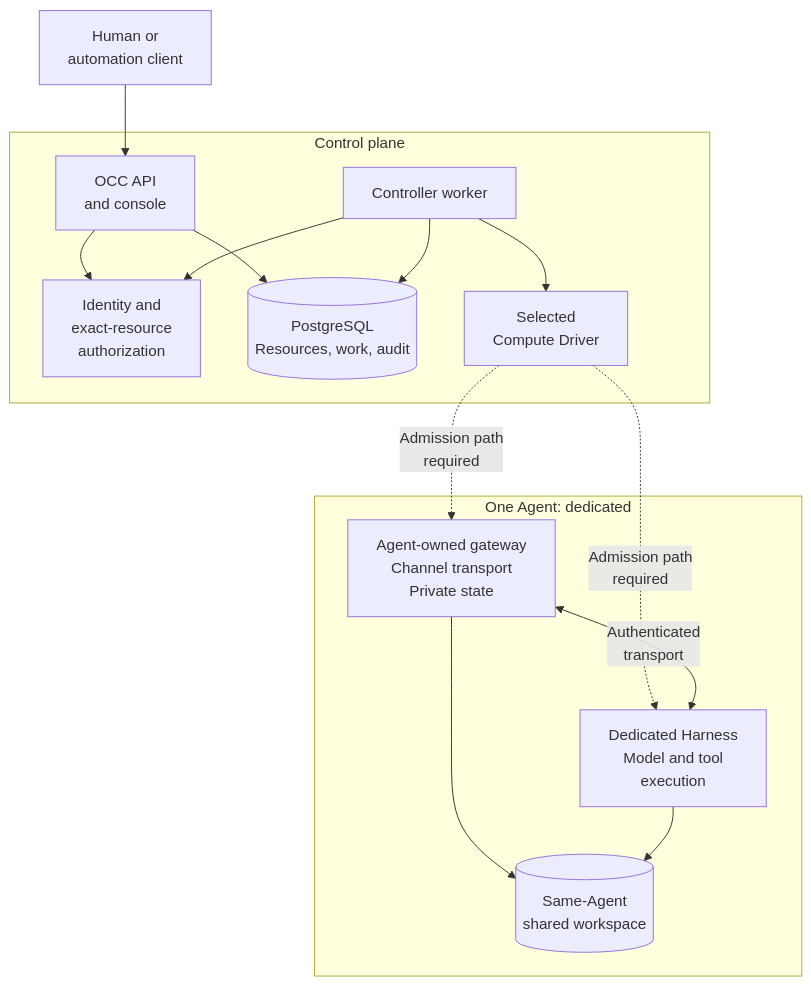
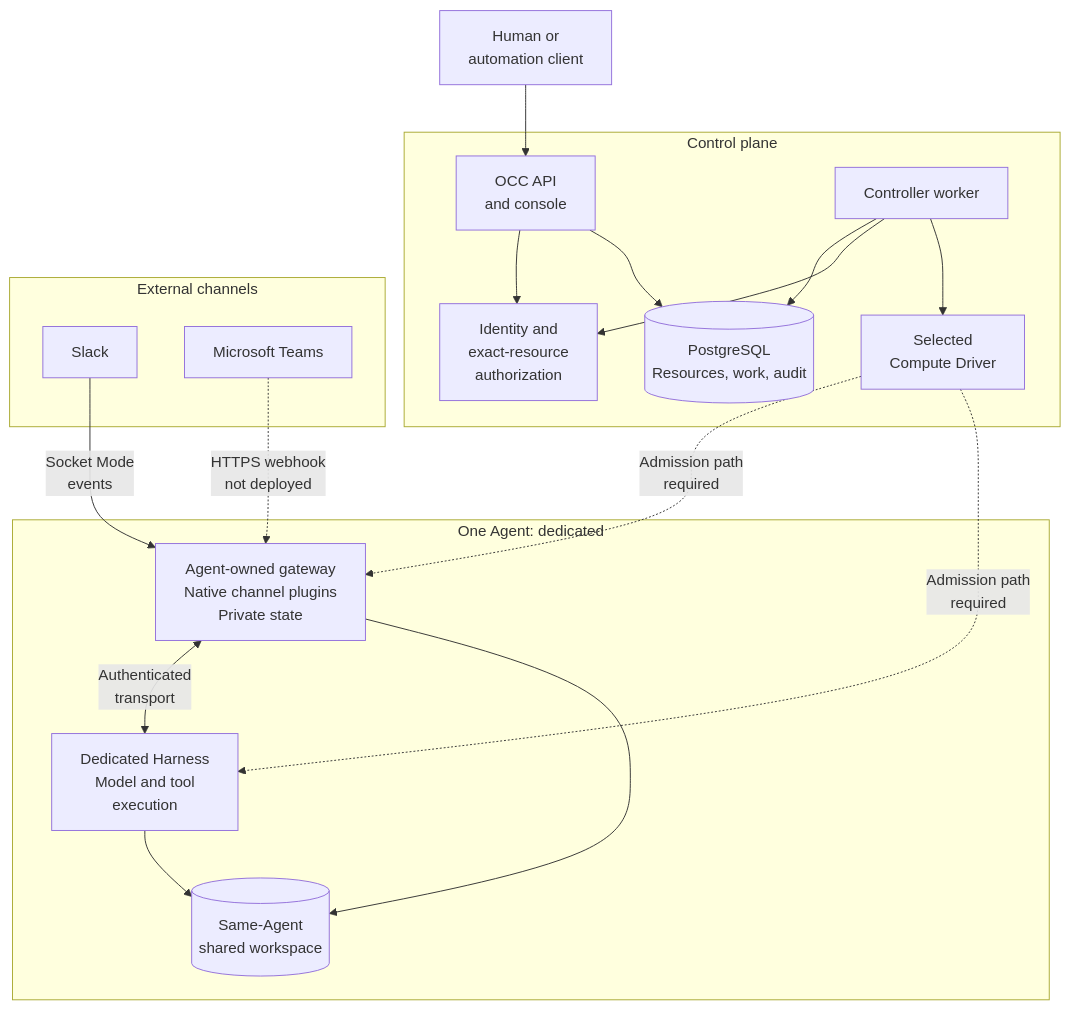
The first of 2 diagrams in docs/integration-dev-overview.md (SebTardif/openclaw-enterprise), drawn with Mermaid before and after one commit. The commit also changed other lines of this file, not shown here.

Commit message:
docs: show Slack and Teams gateway entry points

````diff
--- a/docs/integration-dev-overview.md
+++ b/docs/integration-dev-overview.md
@@ -28,20 +28,26 @@
 ```mermaid
 flowchart TB
     User["Human or<br/>automation client"] --> API["OCC API<br/>and console"]
     subgraph Control["Control plane"]
         API --> IAM["Identity and<br/>exact-resource<br/>authorization"]
         API --> State[("PostgreSQL<br/>Resources, work, audit")]
         Worker["Controller worker"] --> State
         Worker --> IAM
         Worker --> Compute["Selected<br/>Compute Driver"]
     end
     Compute -.->|"Admission path<br/>required"| Gateway
     Compute -.->|"Admission path<br/>required"| Harness
+    subgraph Channels["External channels"]
+        Slack["Slack"]
+        Teams["Microsoft Teams"]
+    end
+    Slack -->|"Socket Mode<br/>events"| Gateway
+    Teams -.->|"HTTPS webhook<br/>not deployed"| Gateway
     subgraph Agent["One Agent: dedicated"]
-        Gateway["Agent-owned gateway<br/>Channel transport<br/>Private state"]
+        Gateway["Agent-owned gateway<br/>Native channel plugins<br/>Private state"]
         Harness["Dedicated Harness<br/>Model and tool<br/>execution"]
         Gateway <-->|"Authenticated<br/>transport"| Harness
         Gateway --> Workspace[("Same-Agent<br/>shared workspace")]
         Harness --> Workspace
     end
 ```
````
